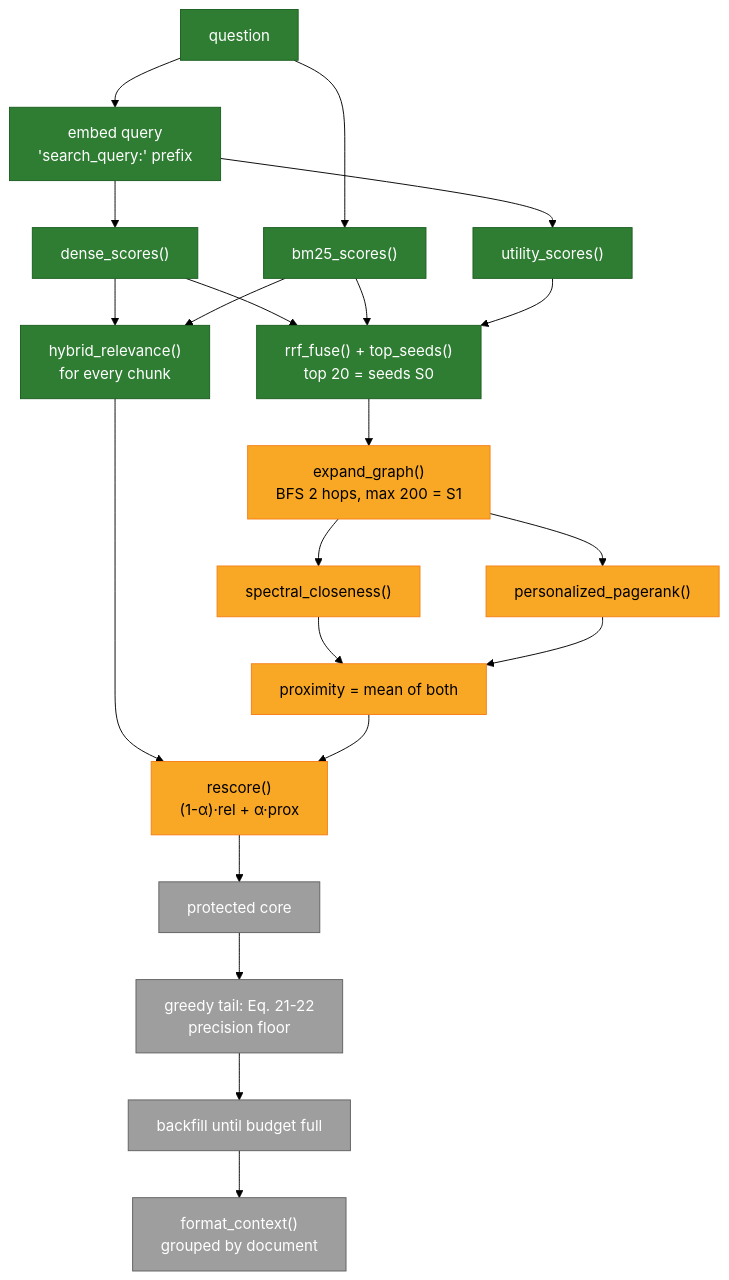
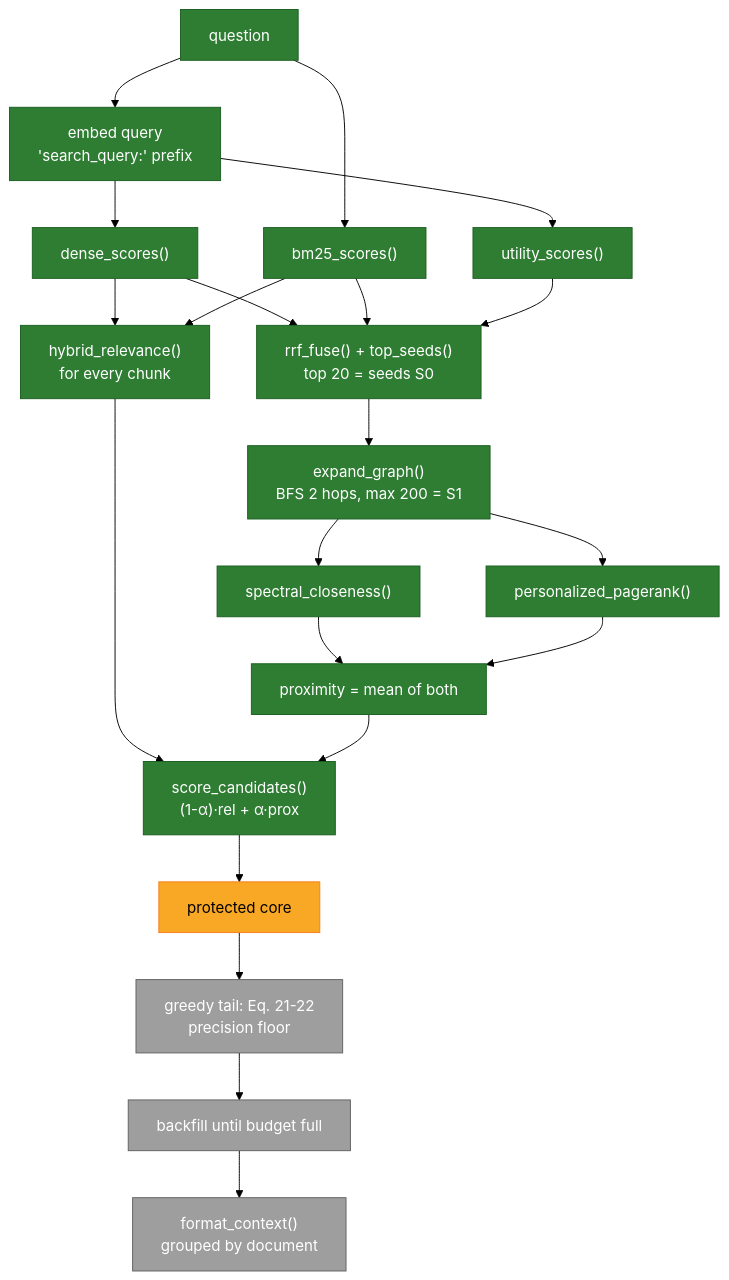
The third of 12 diagrams in README.md (aion7891/Spect-RAG), drawn with Mermaid (forest theme) before and after one commit. The commit also changed other lines of this file and 6 other files, not shown here.

Commit message:
feat: Phase 8 – 2-hop graph expansion and proximity re-scoring (PageRank + spectral closeness)

````diff
--- a/README.md
+++ b/README.md
@@ -228,21 +229,21 @@
 ```mermaid
 flowchart TD
     Q["question"]:::done --> E1["embed query<br/>'search_query:' prefix"]:::done
     E1 --> D1["dense_scores()"]:::done
     Q --> B1["bm25_scores()"]:::done
     E1 --> U1["utility_scores()"]:::done
     D1 & B1 & U1 --> R["rrf_fuse() + top_seeds()<br/>top 20 = seeds S0"]:::done
     D1 & B1 --> REL["hybrid_relevance()<br/>for every chunk"]:::done
-    R --> X["expand_graph()<br/>BFS 2 hops, max 200 = S1"]:::doing
-    X --> P1["spectral_closeness()"]:::doing
-    X --> P2["personalized_pagerank()"]:::doing
-    P1 & P2 --> P["proximity = mean of both"]:::doing
-    REL & P --> S2["rescore()<br/>(1-α)·rel + α·prox"]:::doing
-    S2 --> C1["protected core"]:::todo
+    R --> X["expand_graph()<br/>BFS 2 hops, max 200 = S1"]:::done
+    X --> P1["spectral_closeness()"]:::done
+    X --> P2["personalized_pagerank()"]:::done
+    P1 & P2 --> P["proximity = mean of both"]:::done
+    REL & P --> S2["score_candidates()<br/>(1-α)·rel + α·prox"]:::done
+    S2 --> C1["protected core"]:::doing
     C1 --> C2["greedy tail: Eq. 21-22<br/>precision floor"]:::todo
     C2 --> C3["backfill until budget full"]:::todo
     C3 --> OUT["format_context()<br/>grouped by document"]:::todo
     classDef done fill:#2e7d32,color:#fff,stroke:#1b5e20
     classDef doing fill:#f9a825,color:#000,stroke:#f57f17
     classDef todo fill:#9e9e9e,color:#fff,stroke:#616161
 ```
````
